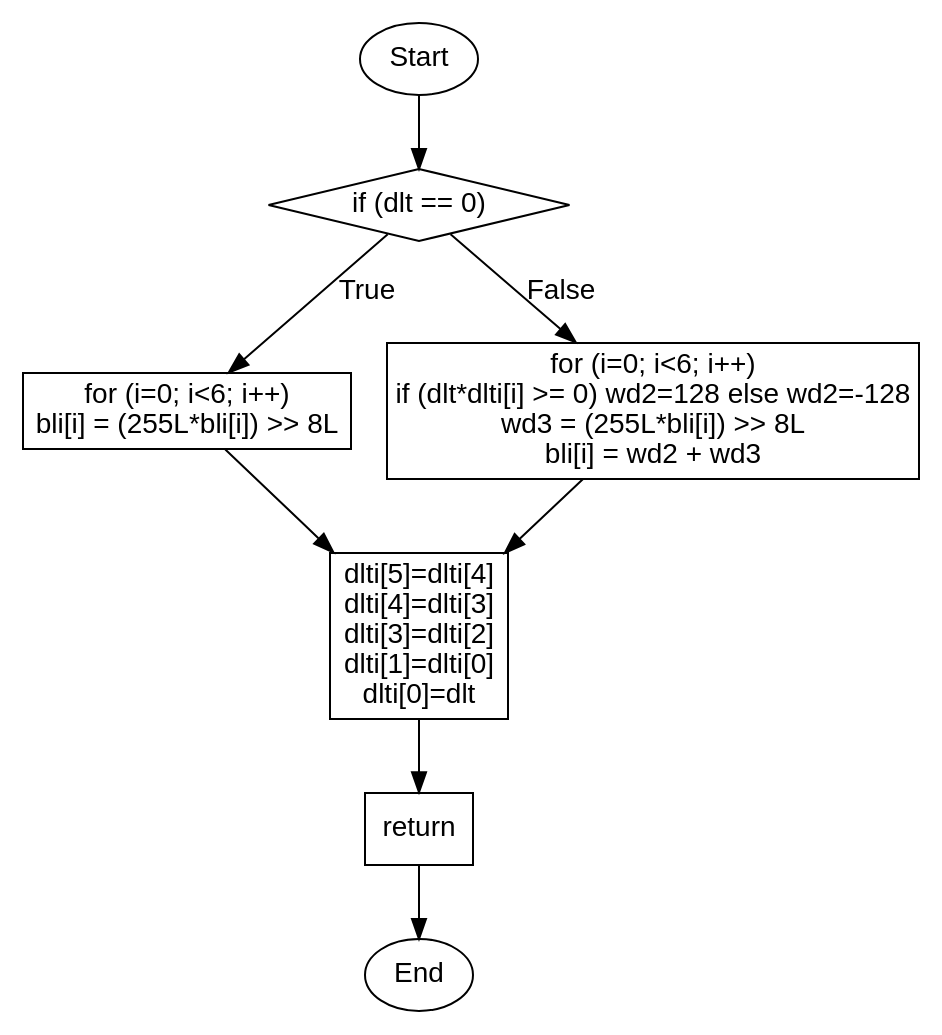
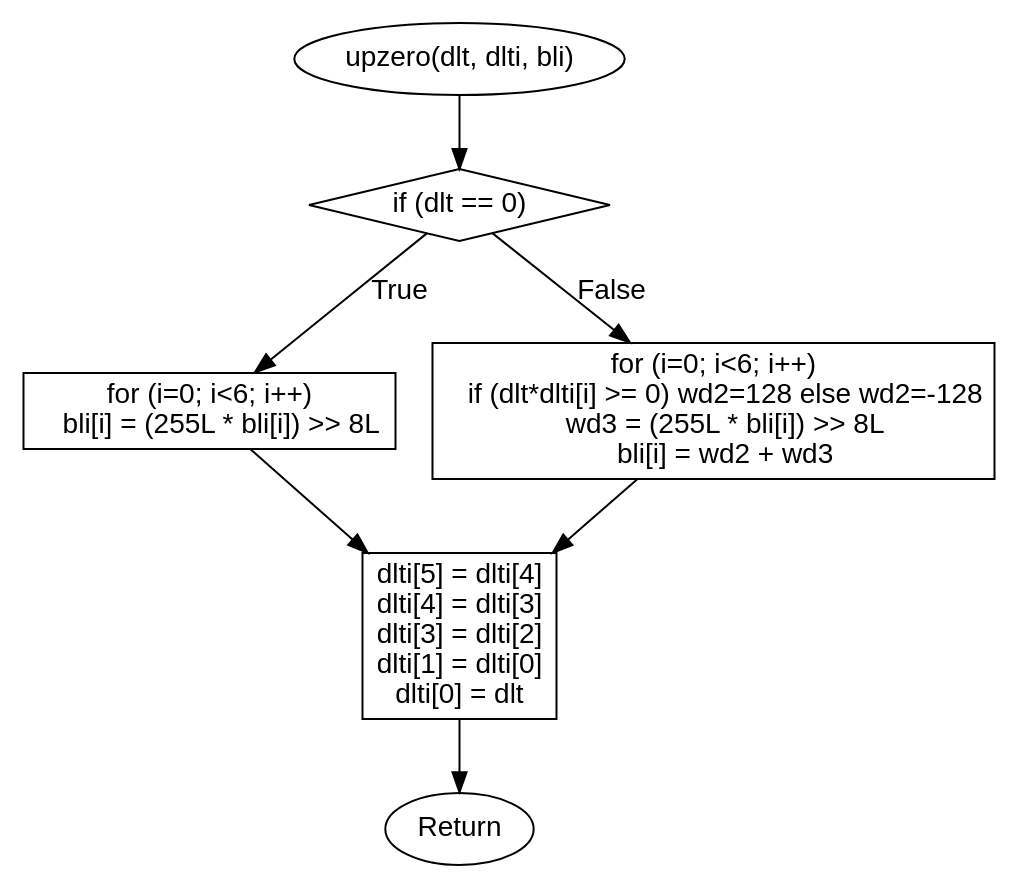
One commit to Lucas170620/prompts-infeasible-path-AI-detecting-repository changed the diagram in quinta/adpcm/upzero.dot. Above: the diagram before and after it, drawn with Graphviz. The commit also changed 136 other files, not shown here.

```diff
--- a/quinta/adpcm/upzero.dot
+++ b/quinta/adpcm/upzero.dot
@@ -1,21 +1,19 @@
 digraph upzero {
     rankdir=TB;
     node [shape=box, fontname=Arial];
     edge [fontname=Arial];
 
-    start [label="Start", shape=ellipse];
-    end [label="End", shape=ellipse];
+    start [label="upzero(dlt, dlti, bli)", shape=ellipse];
+    end [label="Return", shape=ellipse];
     cond_dlt_eq_0 [label="if (dlt == 0)", shape=diamond];
-    block_zero_case [label="for (i=0; i<6; i++)\nbli[i] = (255L*bli[i]) >> 8L"];
-    block_nonzero_case [label="for (i=0; i<6; i++)\nif (dlt*dlti[i] >= 0) wd2=128 else wd2=-128\nwd3 = (255L*bli[i]) >> 8L\nbli[i] = wd2 + wd3"];
-    shift_dlti [label="dlti[5]=dlti[4]\ndlti[4]=dlti[3]\ndlti[3]=dlti[2]\ndlti[1]=dlti[0]\ndlti[0]=dlt"];
-    return_node [label="return"];
+    block_zero_case [label="for (i=0; i<6; i++)\n    bli[i] = (255L * bli[i]) >> 8L"];
+    block_nonzero_case [label="for (i=0; i<6; i++)\n    if (dlt*dlti[i] >= 0) wd2=128 else wd2=-128\n    wd3 = (255L * bli[i]) >> 8L\n    bli[i] = wd2 + wd3"];
+    shift_dlti [label="dlti[5] = dlti[4]\ndlti[4] = dlti[3]\ndlti[3] = dlti[2]\ndlti[1] = dlti[0]\ndlti[0] = dlt"];
 
     start -> cond_dlt_eq_0;
     cond_dlt_eq_0 -> block_zero_case [label="True"];
     cond_dlt_eq_0 -> block_nonzero_case [label="False"];
     block_zero_case -> shift_dlti;
     block_nonzero_case -> shift_dlti;
-    shift_dlti -> return_node;
-    return_node -> end;
+    shift_dlti -> end;
 }
```
